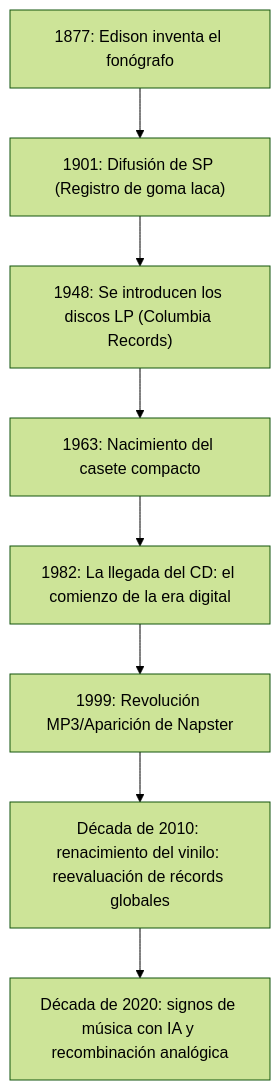
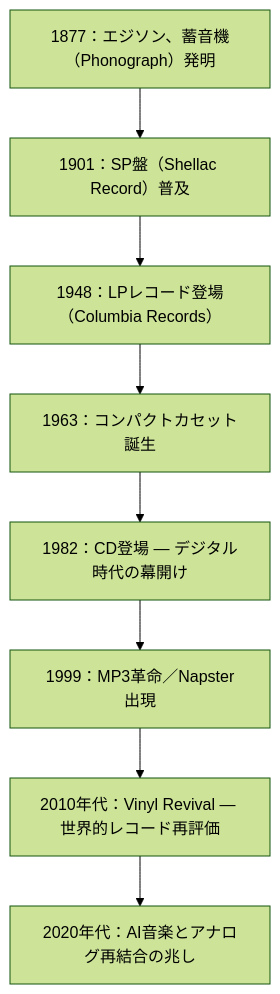
One commit to monumental-movement/monumental-movement.github.io changed the diagram in es/_posts/2025-10-22-column-why-we-buy-vinyl.md. Above: the diagram before and after it, drawn with Mermaid (forest theme). The commit also changed other lines of this file and 299 other files, not shown here.

```diff
--- a/es/_posts/2025-10-22-column-why-we-buy-vinyl.md
+++ b/es/_posts/2025-10-22-column-why-we-buy-vinyl.md
@@ -160,12 +160,12 @@
 <div class="mermaid">
 
 flowchart TD
-    A1877["1877: Edison inventa el fonógrafo"] --> A1901["1901: Difusión de SP (Registro de goma laca)"]
-    A1901 --> A1948["1948: Se introducen los discos LP (Columbia Records)"]
-    A1948 --> A1963["1963: Nacimiento del casete compacto"]
-    A1963 --> A1982["1982: La llegada del CD: el comienzo de la era digital"]
-    A1982 --> A1999["1999: Revolución MP3/Aparición de Napster"]
-    A1999 --> A2010["Década de 2010: renacimiento del vinilo: reevaluación de récords globales"]
-    A2010 --> A2020["Década de 2020: signos de música con IA y recombinación analógica"]
+    A1877["1877：エジソン、蓄音機（Phonograph）発明"] --> A1901["1901：SP盤（Shellac Record）普及"]
+    A1901 --> A1948["1948：LPレコード登場（Columbia Records）"]
+    A1948 --> A1963["1963：コンパクトカセット誕生"]
+    A1963 --> A1982["1982：CD登場 — デジタル時代の幕開け"]
+    A1982 --> A1999["1999：MP3革命／Napster出現"]
+    A1999 --> A2010["2010年代：Vinyl Revival — 世界的レコード再評価"]
+    A2010 --> A2020["2020年代：AI音楽とアナログ再結合の兆し"]
 
 </div>
```
